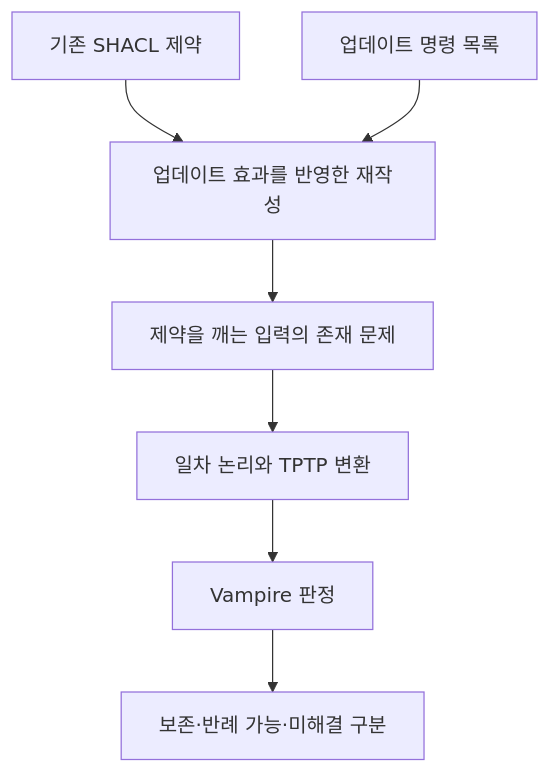
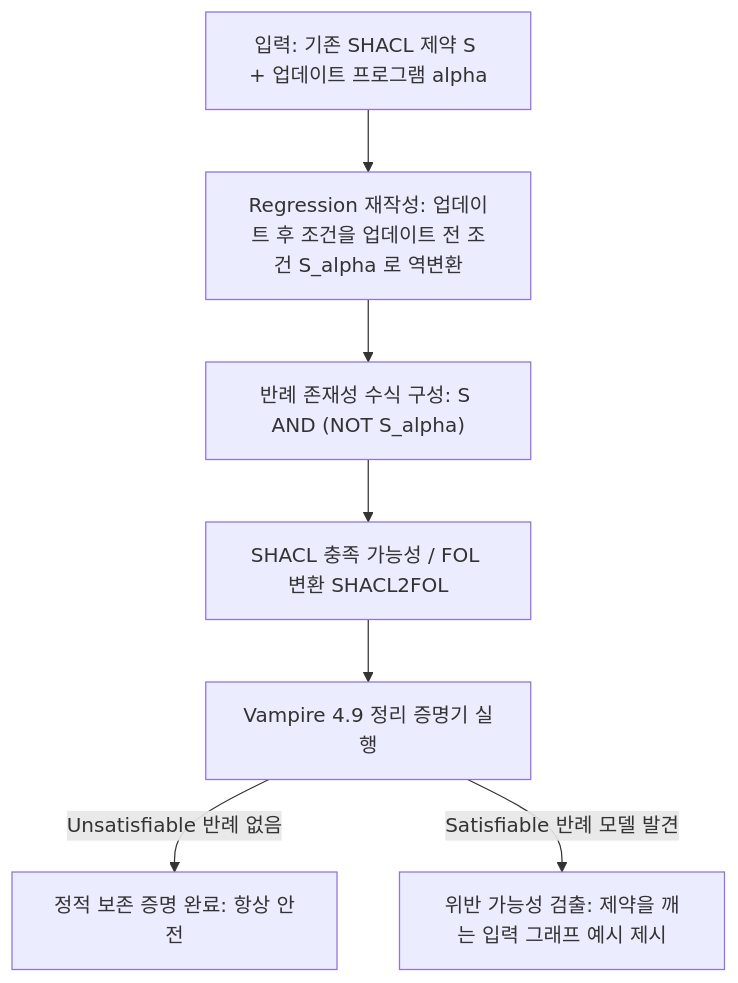
Before and after one commit to shinysong/shacl-graphrag: the diagram in docs/journal/2026-11-05-review-shacl-updates.md, drawn with Mermaid. The commit also changed other lines of this file and 554 other files, not shown here.

````diff
--- a/docs/journal/2026-11-05-review-shacl-updates.md
+++ b/docs/journal/2026-11-05-review-shacl-updates.md
@@ -30,9 +75,9 @@
 ```mermaid
 flowchart TD
-    A[기존 SHACL 제약] --> C[업데이트 효과를 반영한 재작성]
-    B[업데이트 명령 목록] --> C
-    C --> D[제약을 깨는 입력의 존재 문제]
-    D --> E[일차 논리와 TPTP 변환]
-    E --> F[Vampire 판정]
-    F --> G[보존·반례 가능·미해결 구분]
+    A[입력: 기존 SHACL 제약 S + 업데이트 프로그램 alpha] --> B[Regression 재작성: 업데이트 후 조건을 업데이트 전 조건 S_alpha 로 역변환]
+    B --> C["반례 존재성 수식 구성: S AND (NOT S_alpha)"]
+    C --> D[SHACL 충족 가능성 / FOL 변환 SHACL2FOL]
+    D --> E[Vampire 4.9 정리 증명기 실행]
+    E -->|Unsatisfiable 반례 없음| F[정적 보존 증명 완료: 항상 안전]
+    E -->|Satisfiable 반례 모델 발견| G[위반 가능성 검출: 제약을 깨는 입력 그래프 예시 제시]
 ```
````
